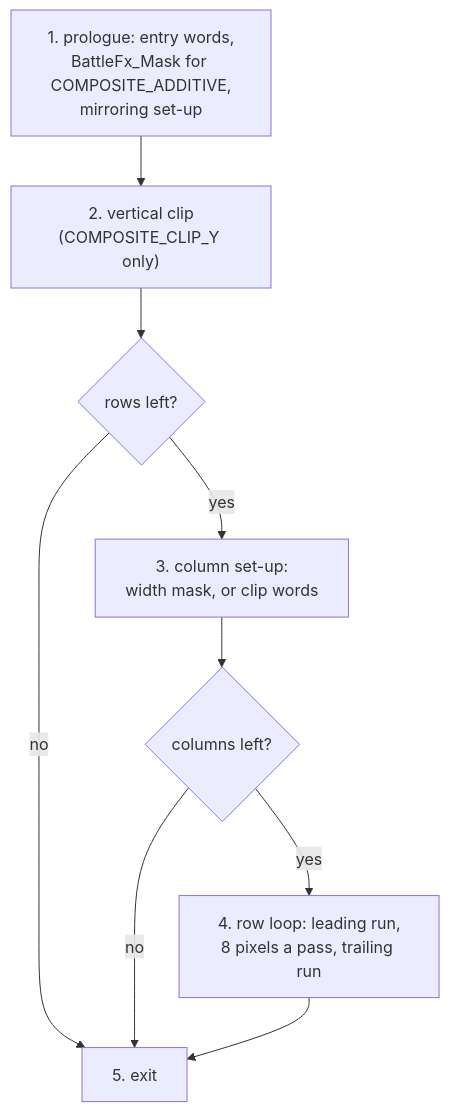
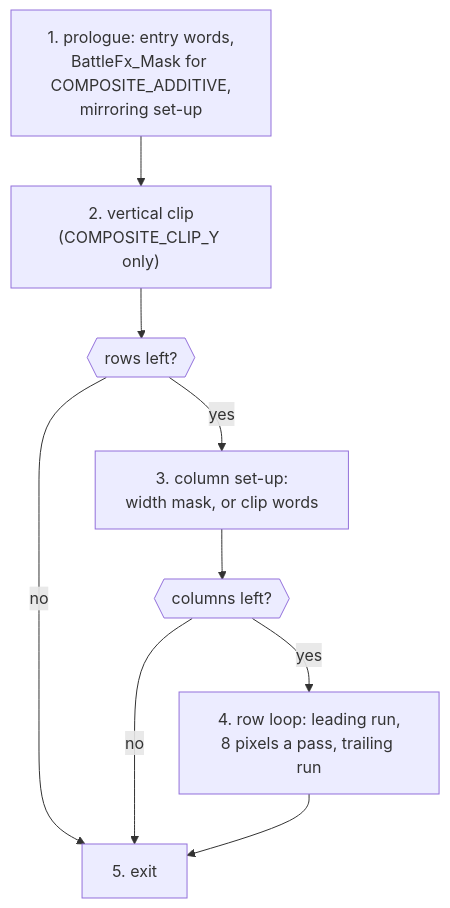
The second of 5 diagrams in games/tbs/src/effect/README.md (PascalPixel/alchemy), drawn with Mermaid before and after one commit. The commit also changed other lines of this file and 17 other files, not shown here.

First line of the commit message:
Docs: diagrams that draw on the site

````diff
--- a/games/tbs/src/effect/README.md
+++ b/games/tbs/src/effect/README.md
@@ -351,11 +351,11 @@
 ```mermaid
 flowchart TD
     prologue["1. prologue: entry words,<br/>BattleFx_Mask for COMPOSITE_ADDITIVE,<br/>mirroring set-up"] --> vclip["2. vertical clip<br/>(COMPOSITE_CLIP_Y only)"]
-    vclip --> rows{"rows left?"}
+    vclip --> rows{{"rows left?"}}
     rows -->|no| exit["5. exit"]
     rows -->|yes| cols["3. column set-up:<br/>width mask, or clip words"]
-    cols --> colsLeft{"columns left?"}
+    cols --> colsLeft{{"columns left?"}}
     colsLeft -->|no| exit
     colsLeft -->|yes| loop["4. row loop: leading run,<br/>8 pixels a pass, trailing run"]
     loop --> exit
 ```
````
